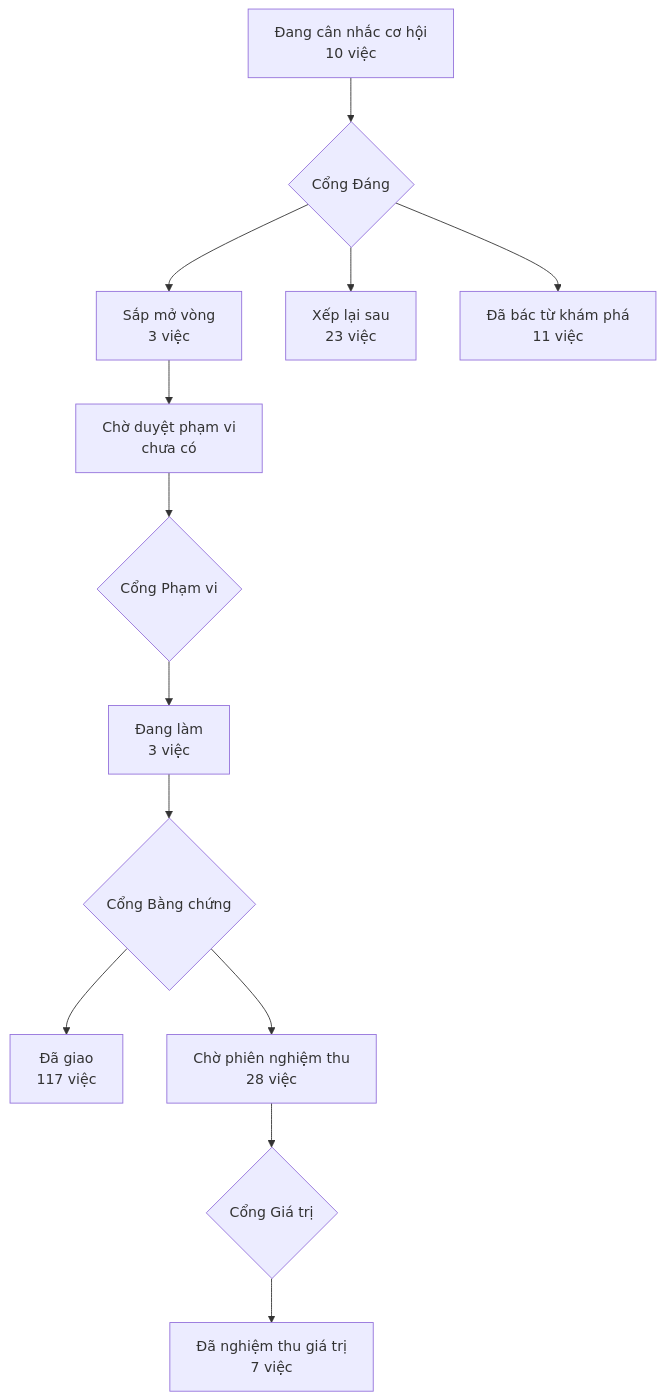
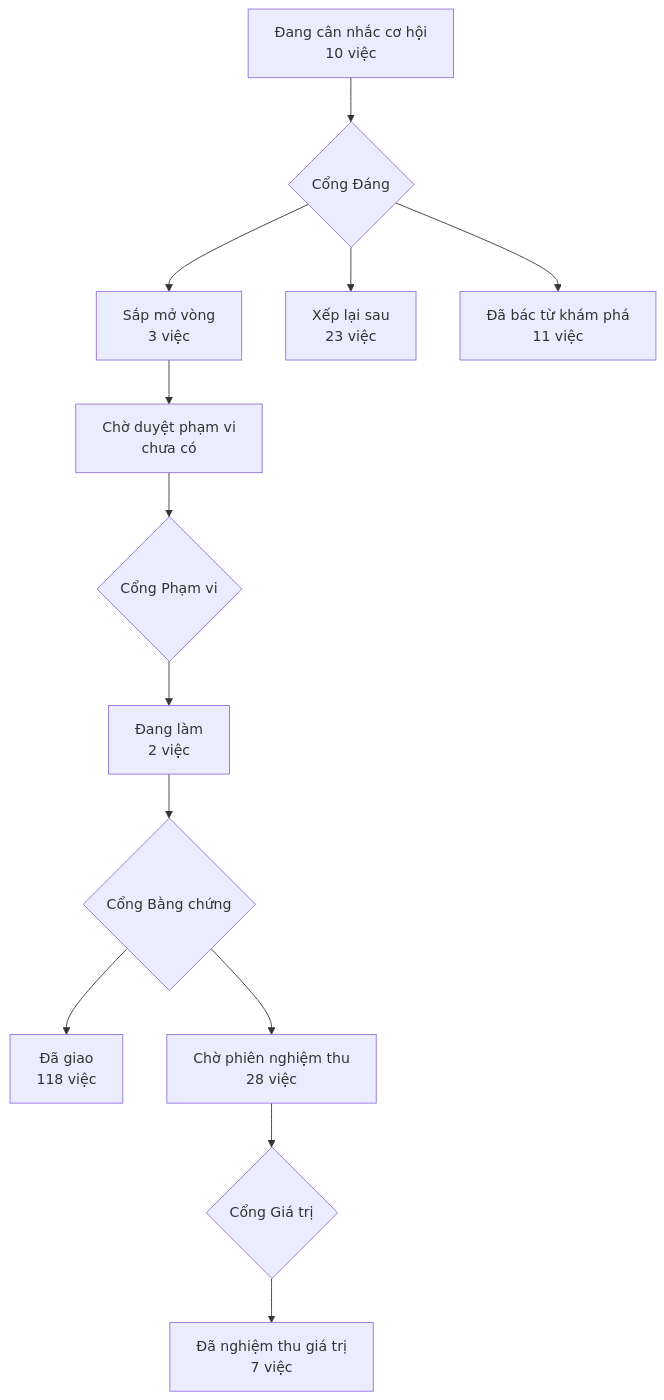
Before and after one commit to phanlemanh/acceptance-gate-kit: the diagram in PRODUCT-MAP.md, drawn with Mermaid. The commit also changed 5 other files, not shown here.

````diff
--- a/PRODUCT-MAP.md
+++ b/PRODUCT-MAP.md
@@ -7,12 +7,12 @@
 ```mermaid
 flowchart TD
   A["Đang cân nhắc cơ hội<br/>10 việc"] --> GD{"Cổng Đáng"}
   GD --> B["Sắp mở vòng<br/>3 việc"]
   GD --> XL["Xếp lại sau<br/>23 việc"]
   GD --> DB["Đã bác từ khám phá<br/>11 việc"]
   B --> CD["Chờ duyệt phạm vi<br/>chưa có"] --> GP{"Cổng Phạm vi"}
-  GP --> DL["Đang làm<br/>3 việc"] --> GB{"Cổng Bằng chứng"}
-  GB --> DG["Đã giao<br/>117 việc"]
+  GP --> DL["Đang làm<br/>2 việc"] --> GB{"Cổng Bằng chứng"}
+  GB --> DG["Đã giao<br/>118 việc"]
   GB --> CN["Chờ phiên nghiệm thu<br/>28 việc"] --> GG{"Cổng Giá trị"}
   GG --> NT["Đã nghiệm thu giá trị<br/>7 việc"]
 ```
````
